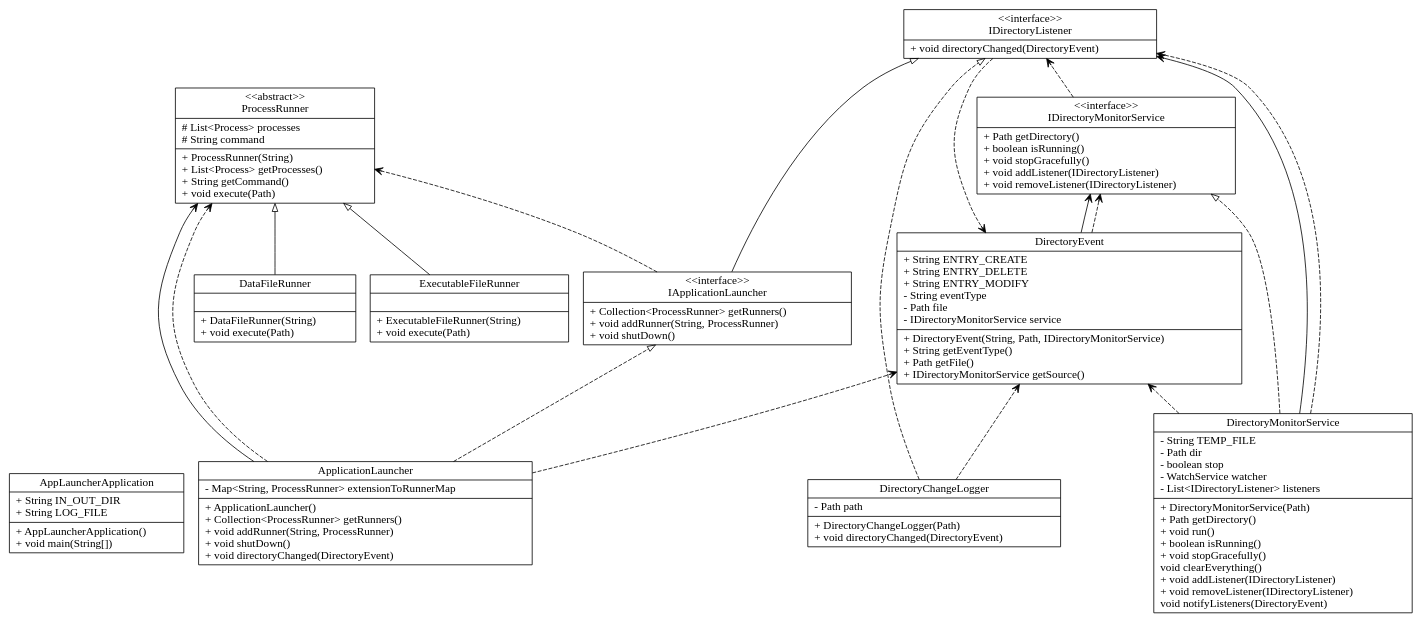
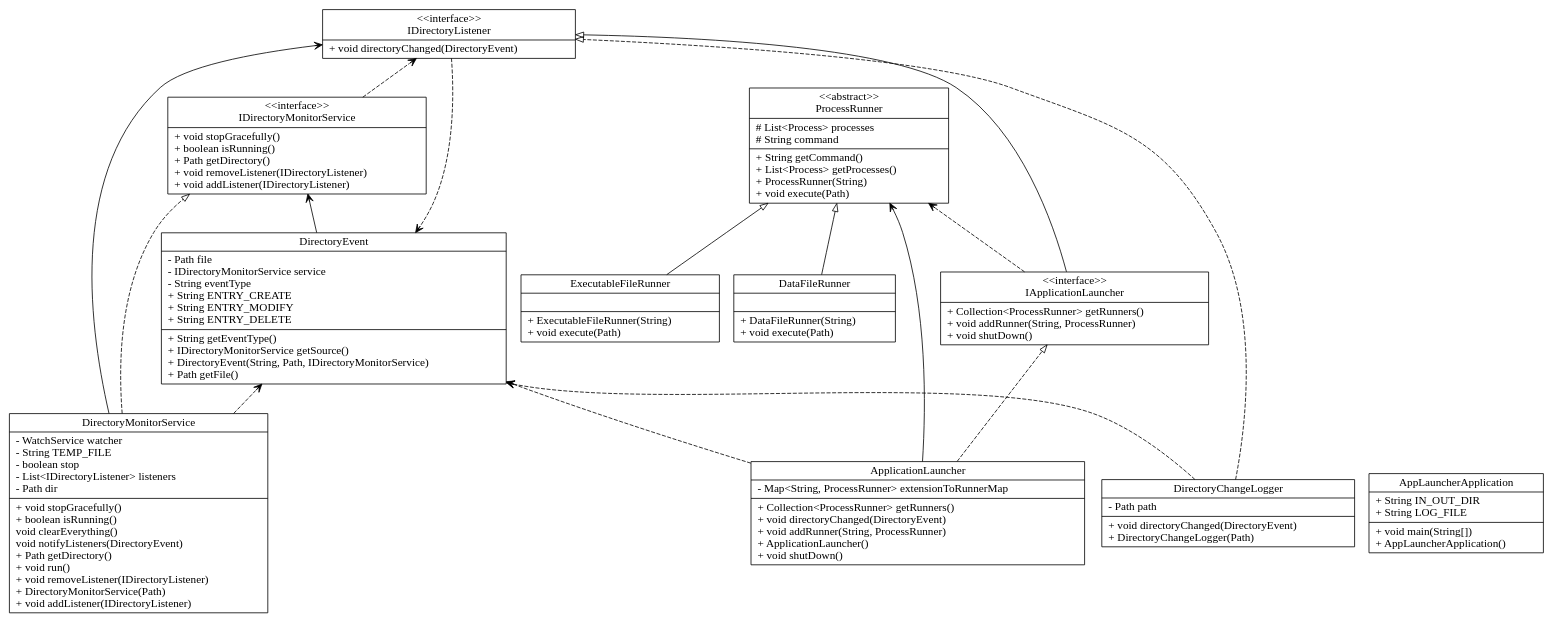
The diagram in docs/AppLauncherGeneratedUML.dot (sullivan-p/DesignParser), drawn with Graphviz before and after one commit. The commit also changed 7 other files, not shown here.

```diff
--- a/docs/AppLauncherGeneratedUML.dot
+++ b/docs/AppLauncherGeneratedUML.dot
@@ -1,65 +1,62 @@
 digraph AppLauncher{
 rankdir=BT;
-AppLauncherApplication [
-shape = "record",
-label = "{AppLauncherApplication|+ String IN_OUT_DIR\l+ String LOG_FILE\l|+ AppLauncherApplication()\l+ void main(String[])\l}"
-];
-ApplicationLauncher [
-shape = "record",
-label = "{ApplicationLauncher|- Map\<String, ProcessRunner\> extensionToRunnerMap\l|+ ApplicationLauncher()\l+ Collection\<ProcessRunner\> getRunners()\l+ void addRunner(String, ProcessRunner)\l+ void shutDown()\l+ void directoryChanged(DirectoryEvent)\l}"
-];
-DataFileRunner [
-shape = "record",
-label = "{DataFileRunner||+ DataFileRunner(String)\l+ void execute(Path)\l}"
-];
-ProcessRunner [
-shape = "record",
-label = "{\<\<abstract\>\>\nProcessRunner|# List\<Process\> processes\l# String command\l|+ ProcessRunner(String)\l+ List\<Process\> getProcesses()\l+ String getCommand()\l+ void execute(Path)\l}"
-];
-DirectoryChangeLogger [
-shape = "record",
-label = "{DirectoryChangeLogger|- Path path\l|+ DirectoryChangeLogger(Path)\l+ void directoryChanged(DirectoryEvent)\l}"
-];
 DirectoryEvent [
 shape = "record",
-label = "{DirectoryEvent|+ String ENTRY_CREATE\l+ String ENTRY_DELETE\l+ String ENTRY_MODIFY\l- String eventType\l- Path file\l- IDirectoryMonitorService service\l|+ DirectoryEvent(String, Path, IDirectoryMonitorService)\l+ String getEventType()\l+ Path getFile()\l+ IDirectoryMonitorService getSource()\l}"
+label = "{DirectoryEvent|- Path file\l- IDirectoryMonitorService service\l- String eventType\l+ String ENTRY_CREATE\l+ String ENTRY_MODIFY\l+ String ENTRY_DELETE\l|+ String getEventType()\l+ IDirectoryMonitorService getSource()\l+ DirectoryEvent(String, Path, IDirectoryMonitorService)\l+ Path getFile()\l}"
 ];
 DirectoryMonitorService [
 shape = "record",
-label = "{DirectoryMonitorService|- String TEMP_FILE\l- Path dir\l- boolean stop\l- WatchService watcher\l- List\<IDirectoryListener\> listeners\l|+ DirectoryMonitorService(Path)\l+ Path getDirectory()\l+ void run()\l+ boolean isRunning()\l+ void stopGracefully()\l void clearEverything()\l+ void addListener(IDirectoryListener)\l+ void removeListener(IDirectoryListener)\l void notifyListeners(DirectoryEvent)\l}"
-];
-ExecutableFileRunner [
-shape = "record",
-label = "{ExecutableFileRunner||+ ExecutableFileRunner(String)\l+ void execute(Path)\l}"
+label = "{DirectoryMonitorService|- WatchService watcher\l- String TEMP_FILE\l- boolean stop\l- List\<IDirectoryListener\> listeners\l- Path dir\l|+ void stopGracefully()\l+ boolean isRunning()\l void clearEverything()\l void notifyListeners(DirectoryEvent)\l+ Path getDirectory()\l+ void run()\l+ void removeListener(IDirectoryListener)\l+ DirectoryMonitorService(Path)\l+ void addListener(IDirectoryListener)\l}"
 ];
 IApplicationLauncher [
 shape = "record",
 label = "{\<\<interface\>\>\nIApplicationLauncher|+ Collection\<ProcessRunner\> getRunners()\l+ void addRunner(String, ProcessRunner)\l+ void shutDown()\l}"
 ];
 IDirectoryListener [
 shape = "record",
 label = "{\<\<interface\>\>\nIDirectoryListener|+ void directoryChanged(DirectoryEvent)\l}"
 ];
 IDirectoryMonitorService [
 shape = "record",
-label = "{\<\<interface\>\>\nIDirectoryMonitorService|+ Path getDirectory()\l+ boolean isRunning()\l+ void stopGracefully()\l+ void addListener(IDirectoryListener)\l+ void removeListener(IDirectoryListener)\l}"
+label = "{\<\<interface\>\>\nIDirectoryMonitorService|+ void stopGracefully()\l+ boolean isRunning()\l+ Path getDirectory()\l+ void removeListener(IDirectoryListener)\l+ void addListener(IDirectoryListener)\l}"
 ];
+DataFileRunner [
+shape = "record",
+label = "{DataFileRunner||+ DataFileRunner(String)\l+ void execute(Path)\l}"
+];
+DirectoryChangeLogger [
+shape = "record",
+label = "{DirectoryChangeLogger|- Path path\l|+ void directoryChanged(DirectoryEvent)\l+ DirectoryChangeLogger(Path)\l}"
+];
+AppLauncherApplication [
+shape = "record",
+label = "{AppLauncherApplication|+ String IN_OUT_DIR\l+ String LOG_FILE\l|+ void main(String[])\l+ AppLauncherApplication()\l}"
+];
+ExecutableFileRunner [
+shape = "record",
+label = "{ExecutableFileRunner||+ ExecutableFileRunner(String)\l+ void execute(Path)\l}"
+];
+ProcessRunner [
+shape = "record",
+label = "{\<\<abstract\>\>\nProcessRunner|# List\<Process\> processes\l# String command\l|+ String getCommand()\l+ List\<Process\> getProcesses()\l+ ProcessRunner(String)\l+ void execute(Path)\l}"
+];
+ApplicationLauncher [
+shape = "record",
+label = "{ApplicationLauncher|- Map\<String, ProcessRunner\> extensionToRunnerMap\l|+ Collection\<ProcessRunner\> getRunners()\l+ void directoryChanged(DirectoryEvent)\l+ void addRunner(String, ProcessRunner)\l+ ApplicationLauncher()\l+ void shutDown()\l}"
+];
+DirectoryChangeLogger -> IDirectoryListener [arrowhead="onormal", style="dashed"];
+DataFileRunner -> ProcessRunner [arrowhead="onormal", style="solid"];
+DirectoryMonitorService -> IDirectoryMonitorService [arrowhead="onormal", style="dashed"];
+IApplicationLauncher -> IDirectoryListener [arrowhead="onormal", style="solid"];
 ApplicationLauncher -> IApplicationLauncher [arrowhead="onormal", style="dashed"];
-DataFileRunner -> ProcessRunner [arrowhead="onormal", style="solid"];
-DirectoryChangeLogger -> IDirectoryListener [arrowhead="onormal", style="dashed"];
-DirectoryMonitorService -> IDirectoryMonitorService [arrowhead="onormal", style="dashed"];
 ExecutableFileRunner -> ProcessRunner [arrowhead="onormal", style="solid"];
-IApplicationLauncher -> IDirectoryListener [arrowhead="onormal", style="solid"];
+DirectoryChangeLogger -> DirectoryEvent [arrowhead="vee", style="dashed"];
 ApplicationLauncher -> ProcessRunner [arrowhead="vee", style="solid"];
 ApplicationLauncher -> DirectoryEvent [arrowhead="vee", style="dashed"];
-ApplicationLauncher -> ProcessRunner [arrowhead="vee", style="dashed"];
-DirectoryChangeLogger -> DirectoryEvent [arrowhead="vee", style="dashed"];
+IDirectoryMonitorService -> IDirectoryListener [arrowhead="vee", style="dashed"];
 DirectoryEvent -> IDirectoryMonitorService [arrowhead="vee", style="solid"];
-DirectoryEvent -> IDirectoryMonitorService [arrowhead="vee", style="dashed"];
 DirectoryMonitorService -> IDirectoryListener [arrowhead="vee", style="solid"];
+IApplicationLauncher -> ProcessRunner [arrowhead="vee", style="dashed"];
 DirectoryMonitorService -> DirectoryEvent [arrowhead="vee", style="dashed"];
-DirectoryMonitorService -> IDirectoryListener [arrowhead="vee", style="dashed"];
-IApplicationLauncher -> ProcessRunner [arrowhead="vee", style="dashed"];
 IDirectoryListener -> DirectoryEvent [arrowhead="vee", style="dashed"];
-IDirectoryMonitorService -> IDirectoryListener [arrowhead="vee", style="dashed"];
 }
```
